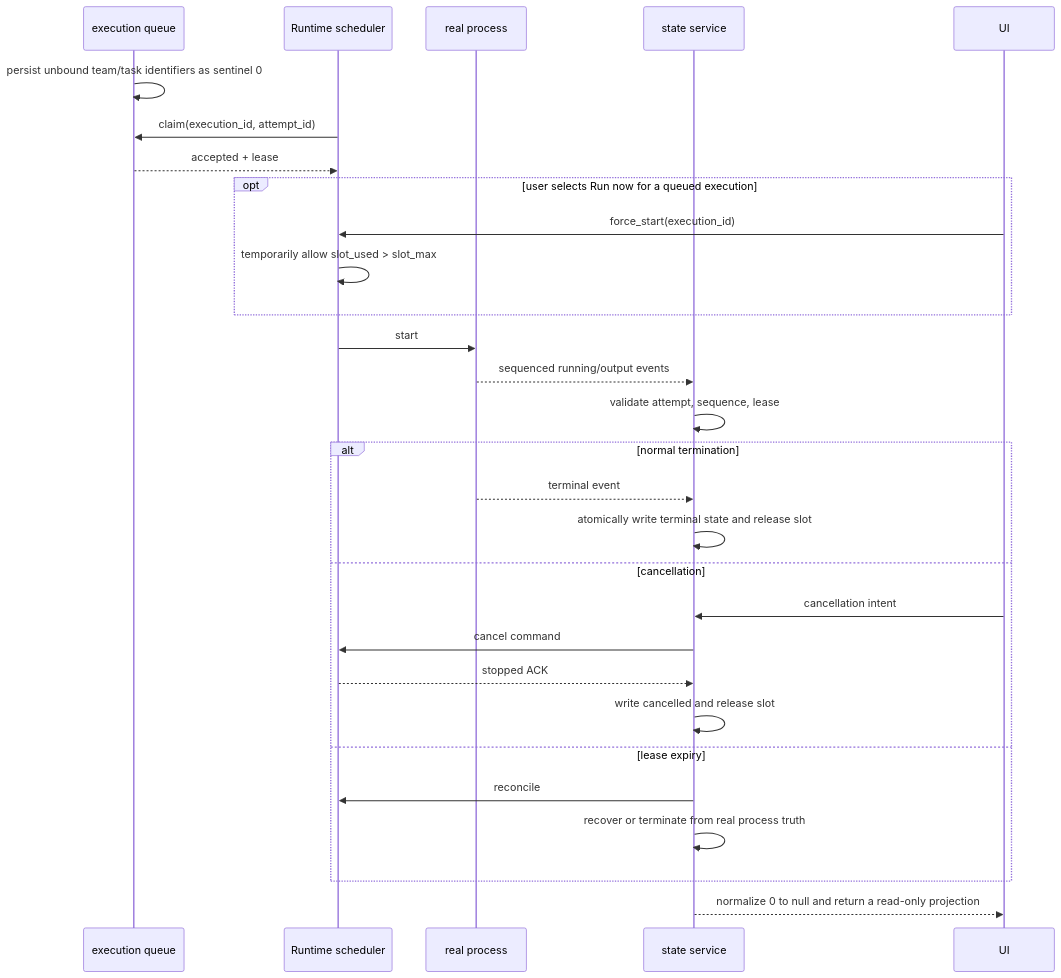
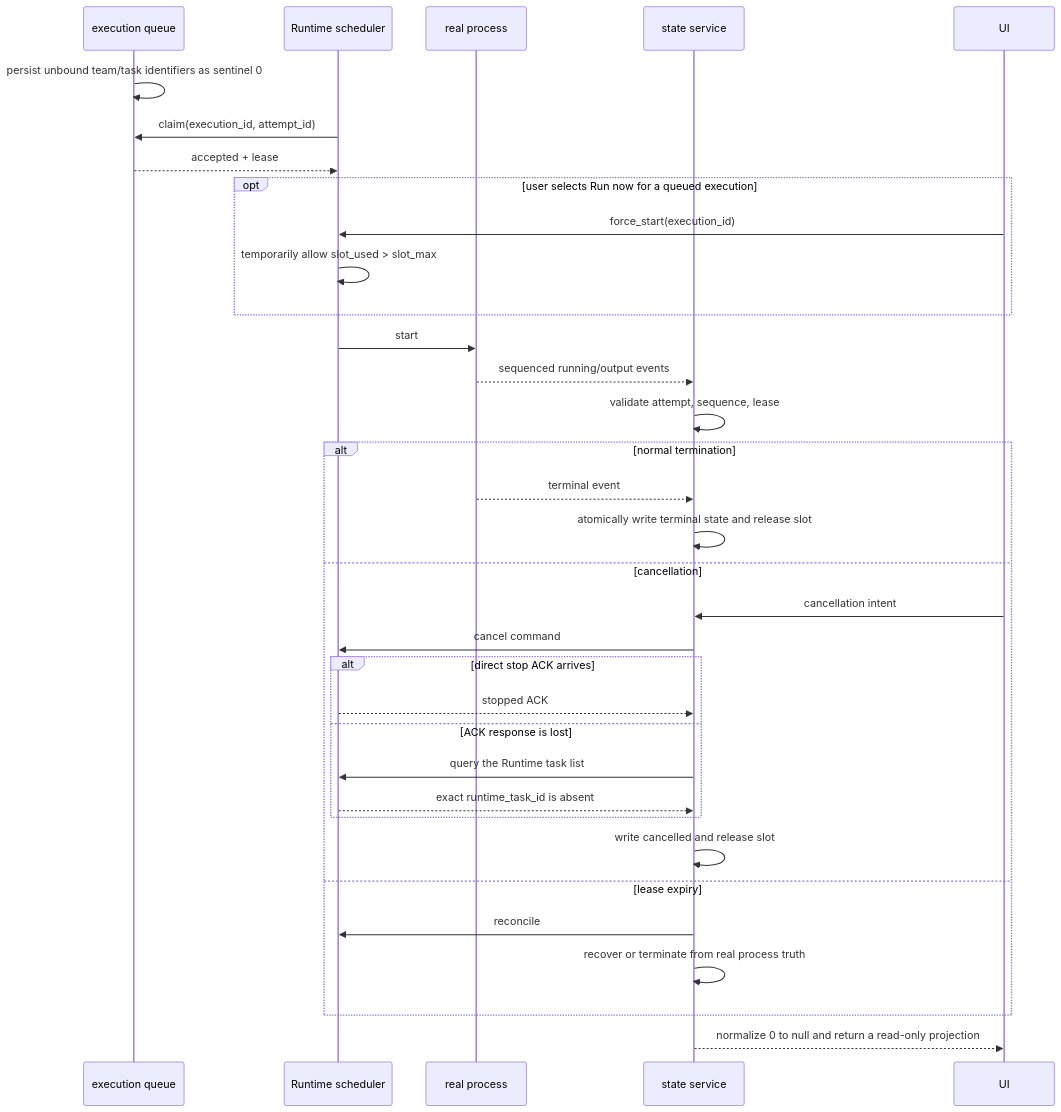
Before and after one commit to wecode-ai/Wegent: the second of 2 diagrams in docs/en/architecture/project-execution-state.md, drawn with Mermaid. The commit also changed other lines of this file and 28 other files, not shown here.

````diff
--- a/docs/en/architecture/project-execution-state.md
+++ b/docs/en/architecture/project-execution-state.md
@@ -26,32 +26,37 @@
 ```mermaid
 sequenceDiagram
     participant Q as execution queue
     participant R as Runtime scheduler
     participant P as real process
     participant S as state service
     participant U as UI
 
     Q->>Q: persist unbound team/task identifiers as sentinel 0
     R->>Q: claim(execution_id, attempt_id)
     Q-->>R: accepted + lease
     opt user selects Run now for a queued execution
         U->>R: force_start(execution_id)
         R->>R: temporarily allow slot_used > slot_max
     end
     R->>P: start
     P-->>S: sequenced running/output events
     S->>S: validate attempt, sequence, lease
     alt normal termination
         P-->>S: terminal event
         S->>S: atomically write terminal state and release slot
     else cancellation
         U->>S: cancellation intent
         S->>R: cancel command
-        R-->>S: stopped ACK
+        alt direct stop ACK arrives
+            R-->>S: stopped ACK
+        else ACK response is lost
+            S->>R: query the Runtime task list
+            R-->>S: exact runtime_task_id is absent
+        end
         S->>S: write cancelled and release slot
     else lease expiry
         S->>R: reconcile
         S->>S: recover or terminate from real process truth
     end
     S-->>U: normalize 0 to null and return a read-only projection
 ```
````
